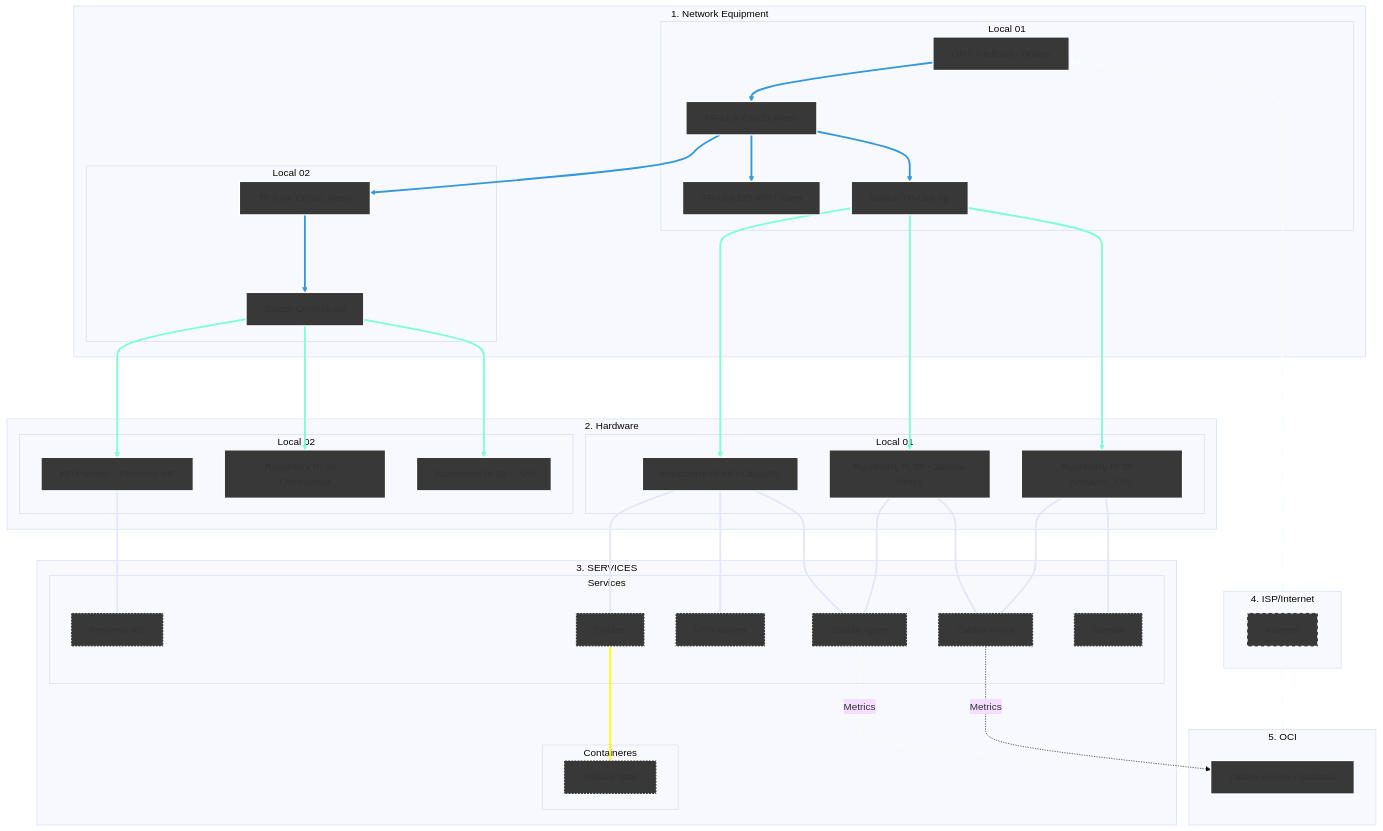
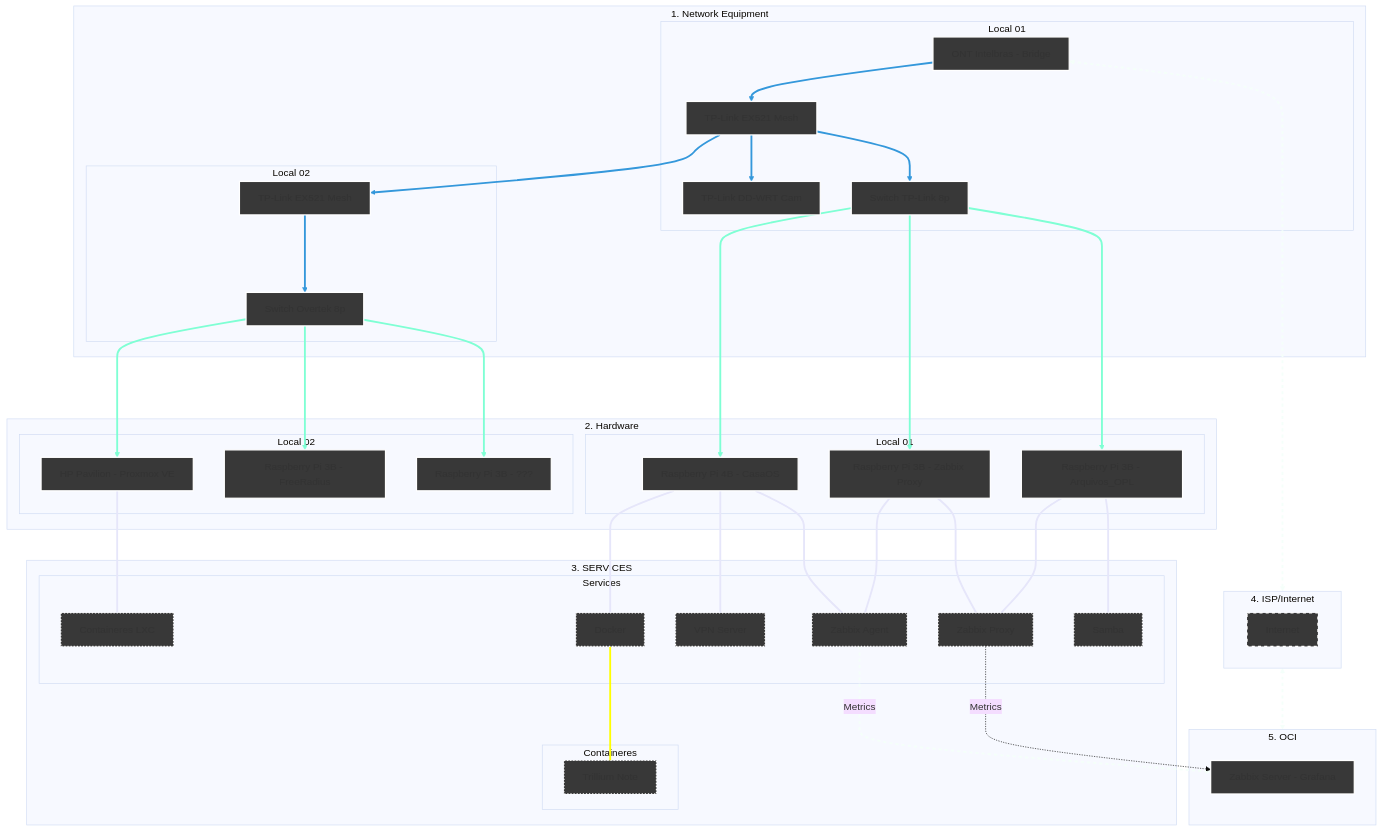
The diagram in Infrastructure/README.md (kevindexter22/Dr-Hardware-Autonet), drawn with Mermaid (base theme) before and after one commit.

Commit message:
Update service name from 'Proxmox VE' to 'Containeres LXC'

````diff
--- a/Infrastructure/README.md
+++ b/Infrastructure/README.md
@@ -13,80 +13,80 @@
 ```mermaid
 graph TD
     %% Styles
     classDef network fill:#383838,stroke:#FFFFFF,stroke-width:2px;
     classDef hardware fill:#383838,stroke:#FFFFFF,stroke-width:2px;
     classDef internet fill:#383838,stroke:#FFFFFF,stroke-width:2px,stroke-dasharray: 5 5;
     classDef services fill:#383838,stroke:#FFFFFF,stroke-width:2px, stroke-dasharray: 2 3;
     classDef oci fill:#383838,stroke:#FFFFFF,stroke-width:2px;
 
     %% 1. NETWORK EQUIPMENT
     subgraph Principal["1. Network Equipment"]
     subgraph S1 [Local 01]
         ONT[ONT Intelbras - Bridge]:::network --> R_Mesh1[TP-Link EX521 Mesh]:::network
         R_Mesh1 --> R_Cams[TP-Link DD-WRT Cam]:::network 
         R_Mesh1 --> SW1[Switch TP-Link 8p]:::network  
     end
     subgraph S2 [Local 02]
         R_Mesh1 --> R_Mesh2[TP-Link EX521 Mesh]:::network
         R_Mesh2 ---> SW2[Switch Overtek 8p]:::network
     end
     end
     
     %% 2. HARDWARE
     subgraph Principal02["2. Hardware"]
     subgraph S3 [Local 01]
         SW1 ---> RPi4B[Raspberry Pi 4B - CasaOS]:::hardware
         SW1 ---> RPi3B_2[Raspberry Pi 3B - Zabbix Proxy]:::hardware
         SW1 ---> RPi3B_1[Raspberry Pi 3B - Arquivos_OPL]:::hardware
     end
     subgraph S4 [Local 02]
         SW2 ---> HP[HP Pavilion - Proxmox VE]:::hardware
         SW2 ---> RPi3B_3[Raspberry Pi 3B - FreeRadius]:::hardware
         SW2 ---> RPi3B_4[Raspberry Pi 3B - ???]:::hardware
     end
     end
 
     %% 3. SERVICES
     subgraph Principal03["3. SERVICES"]
     subgraph S5 [Services];
-        HP --- PVE[Proxmox VE]:::services
+        HP --- PVE[Containeres LXC]:::services
         RPi4B --- Docker[Docker]:::services     
         RPi4B --- VPN[VPN Server]:::services
         RPi4B --- ZA[Zabbix Agent]:::services
         RPi3B_2 --- ZA[Zabbix Agent]:::services
         RPi3B_2 --- ZP[Zabbix Proxy]:::services
         RPi3B_1 --- ZP[Zabbix Proxy]:::services
         RPi3B_1 --- SMB1[Samba]:::services
     end
     subgraph S6 [Containeres];
         Docker[Docker] --- Trillium[Trillium Note]:::services
     end
     end
 
     %% 4. Internet (The Bridge)
     subgraph S7 [4. ISP/Internet]
            internet[Internet]:::internet
     end
 
     %% 5. Oracle Cloud Infrastructure
     subgraph S8 [5. OCI]
         ZS[Zabbix Server - Grafana]:::oci
     end
 
     %% Conections of data flow
     ONT <--> S7
     S7 <--> S8
     
     %% Logical conections
     ZA -.-> |Metrics| ZS
     ZP -.-> |Metrics| ZS 
 
     %% --- Set collor on conections ---
     
     linkStyle 0,1,2,3,4 stroke:#3498db,stroke-width:3px;
     linkStyle 5,6,7,8,9,10 stroke:#7FFFD4,stroke-width:3px;
     linkStyle 11,12,13,14,15,16,17,18 stroke:#E6E6FA,stroke-width:3px;
     linkStyle 19 stroke:#FFFF00,stroke-width:3px;
     linkStyle 20,21,22 stroke:#F5FFFA,stroke-width:3px,stroke-dasharray: 5 5;
 
 ```
````
